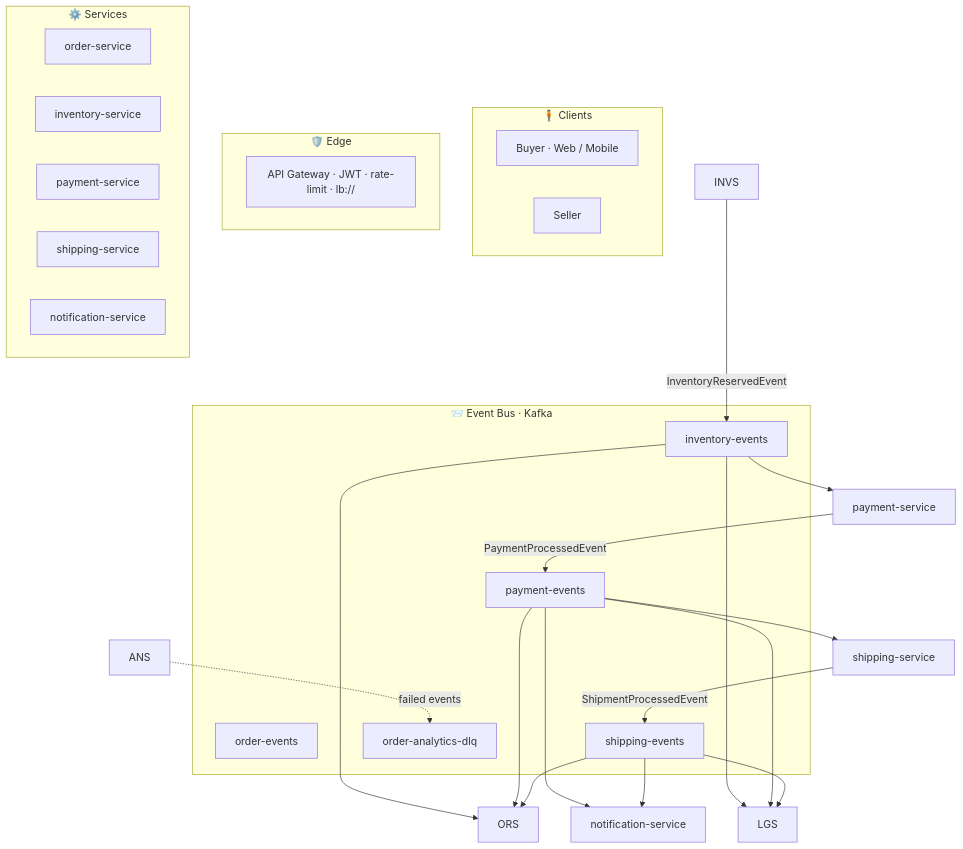
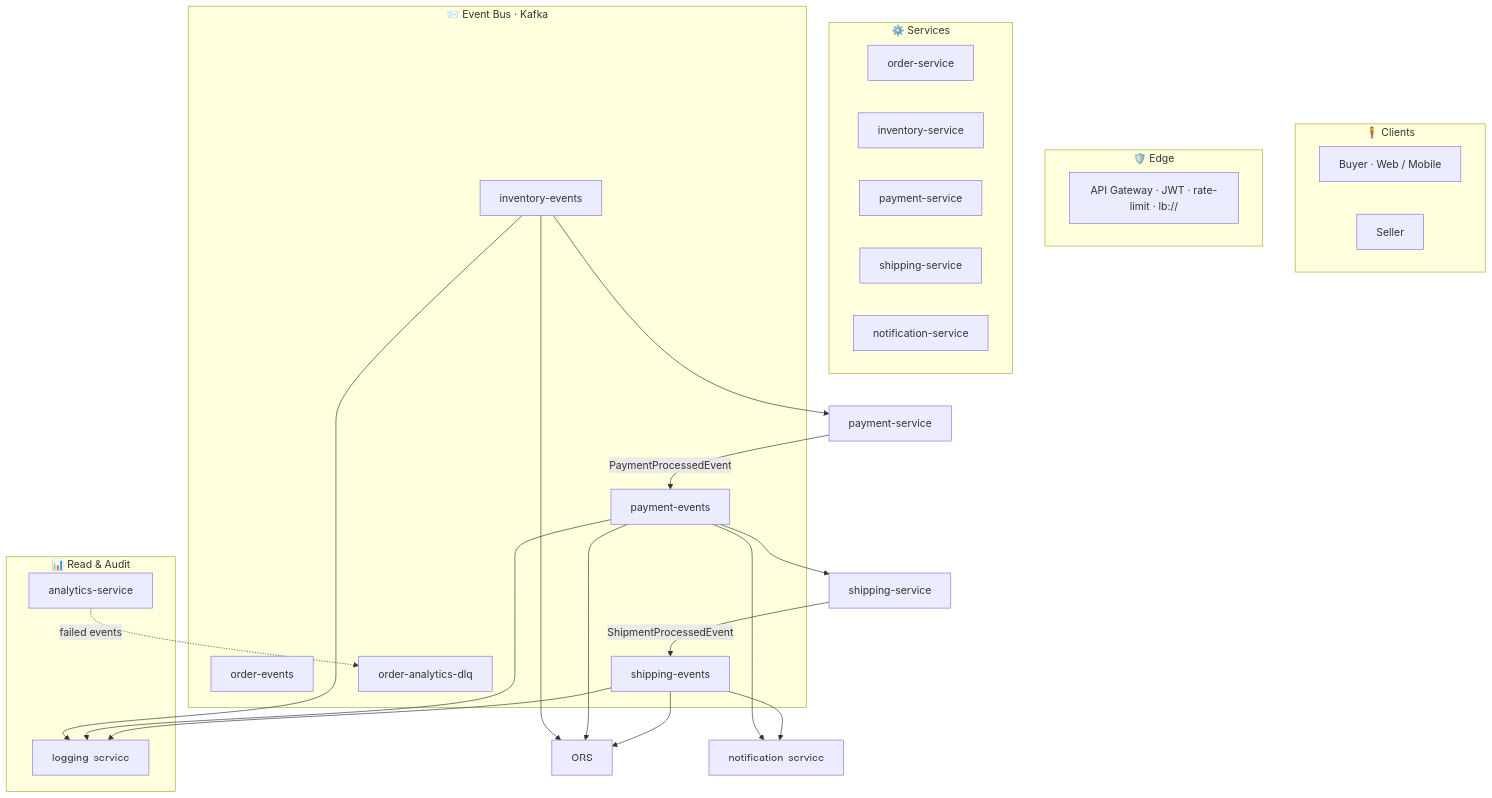
One commit to zexxitywave/EventDrivenMesh changed the second of 3 diagrams in README.md. Above: the diagram before and after it, drawn with Mermaid.

Commit message:
docs(readme): add Read & Audit subgraph for analytics and logging

````diff
--- a/README.md
+++ b/README.md
@@ -209,46 +209,49 @@
 ```mermaid
 flowchart TB
 
     subgraph CLIENTS["🧍 Clients"]
         BUYER["Buyer · Web / Mobile"]
         SELLER["Seller"]
     end
 
     subgraph EDGE["🛡️ Edge"]
         GW["API Gateway · JWT · rate-limit · lb://"]
     end
 
     subgraph SVC["⚙️ Services"]
         ORD["order-service"]
         INV["inventory-service"]
         PAY["payment-service"]
         SHP["shipping-service"]
         NOT["notification-service"]
     end
 
     subgraph BUS["📨 Event Bus · Kafka"]
         OE["order-events"]
         IE["inventory-events"]
         PE["payment-events"]
         SE["shipping-events"]
         DLQ["order-analytics-dlq"]
     end
 
-    INVS -->|InventoryReservedEvent| IE[inventory-events]
+    subgraph OBS["📊 Read & Audit"]
+        ANS["analytics-service"]
+        LGS["logging-service"]
+    end
     IE --> ORS
     IE --> PYS[payment-service]
     IE --> LGS
 
     PYS -->|PaymentProcessedEvent| PE[payment-events]
     PE --> ORS
     PE --> SHS[shipping-service]
     PE --> NTS[notification-service]
     PE --> LGS
 
     SHS -->|ShipmentProcessedEvent| SE[shipping-events]
     SE --> ORS
     SE --> NTS
     SE --> LGS
 
     ANS -.failed events.-> DLQ[order-analytics-dlq]
 ```
````
